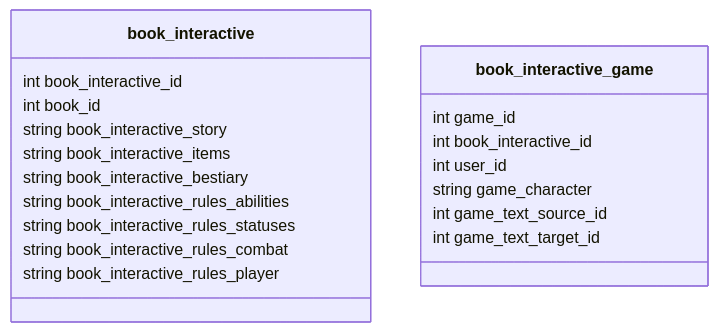
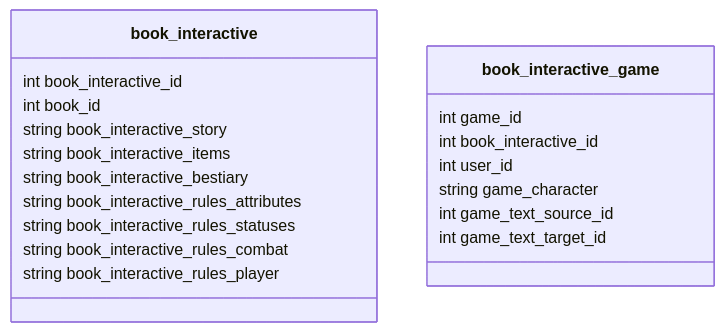
Before and after one commit to velkuns/game-text-engine: the diagram in README.md, drawn with Mermaid. The commit also changed other lines of this file and 73 other files, not shown here.

````diff
--- a/README.md
+++ b/README.md
@@ -524,27 +524,27 @@
 ```mermaid
 ---
 Tables diagram: nodes (v1)
 ---
 classDiagram
     
     class book_interactive {
         int book_interactive_id
         int book_id
         string book_interactive_story
         string book_interactive_items
         string book_interactive_bestiary
-        string book_interactive_rules_abilities
+        string book_interactive_rules_attributes
         string book_interactive_rules_statuses
         string book_interactive_rules_combat
         string book_interactive_rules_player
     }
     
     class book_interactive_game {
         int game_id
         int book_interactive_id
         int user_id
         string game_character
         int game_text_source_id
         int game_text_target_id
     }
 ```
````
